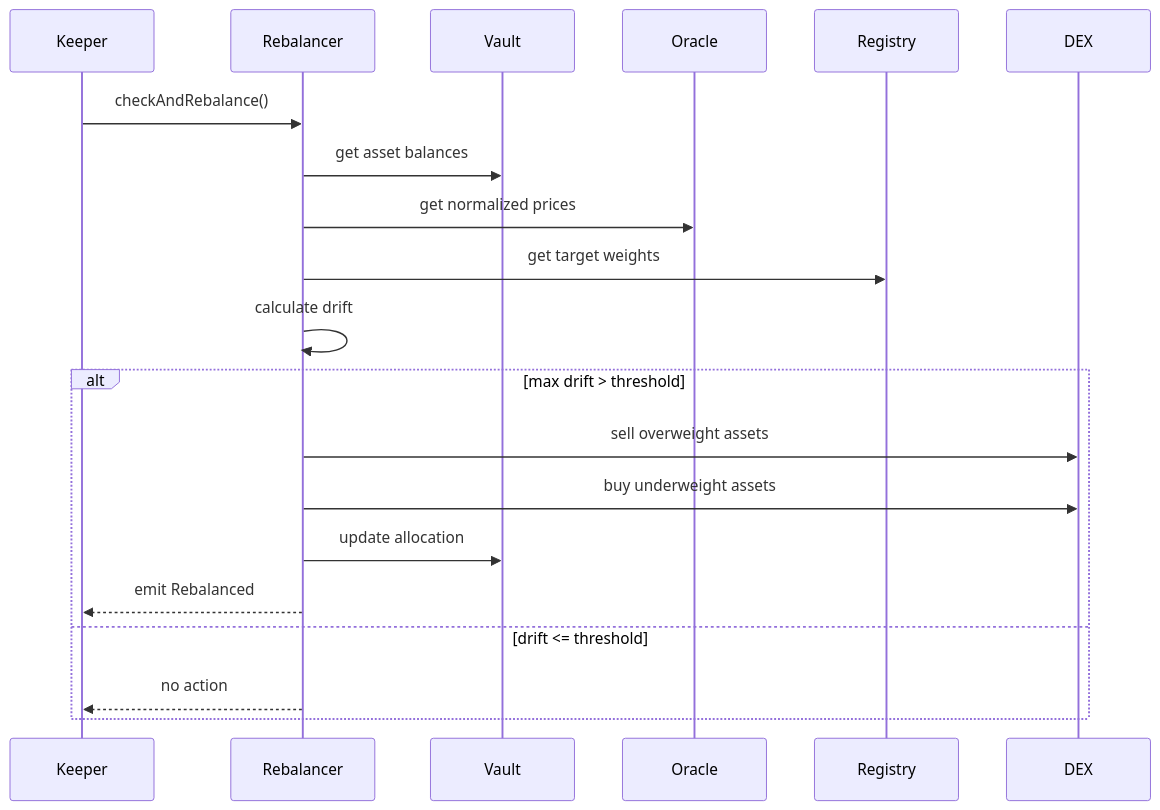
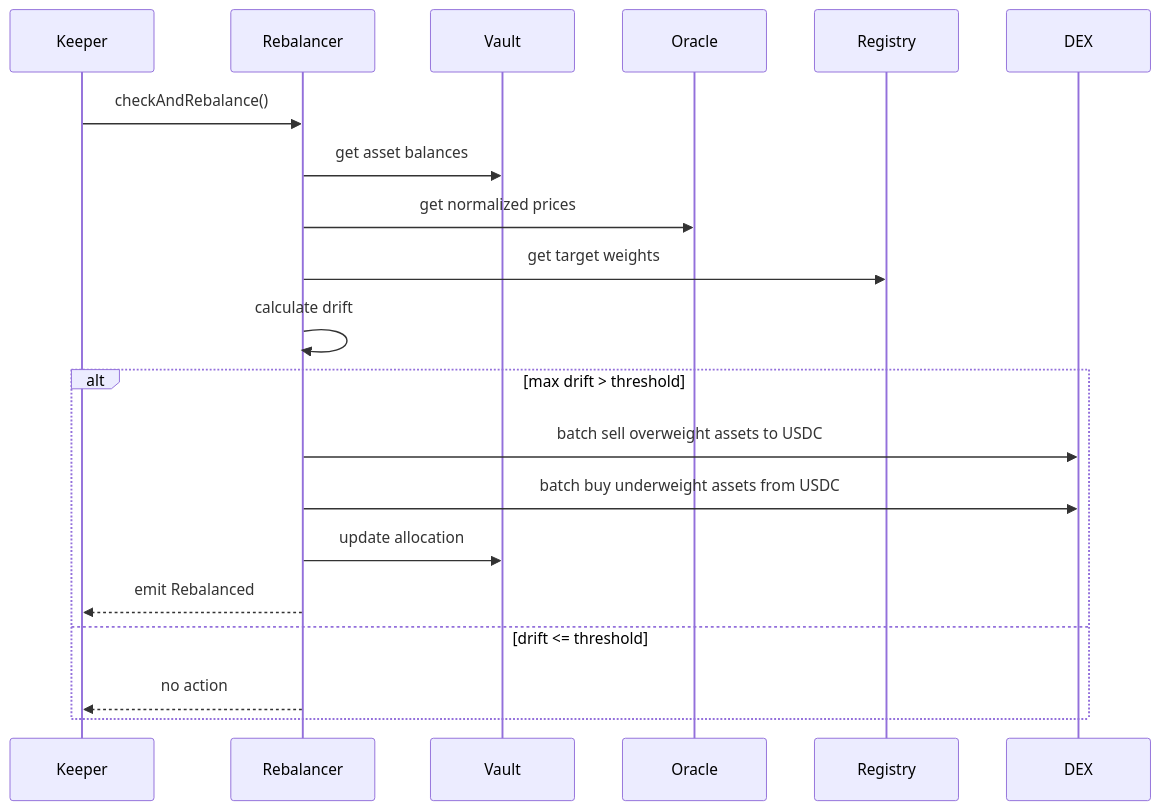
One commit to newconomics-bit/JAGAD-The-Universal-Vault changed the fifth of 6 diagrams in ARCHITECTURE.md. Above: the diagram before and after it, drawn with Mermaid. The commit also changed other lines of this file, not shown here.

````diff
--- a/ARCHITECTURE.md
+++ b/ARCHITECTURE.md
@@ -834,23 +1023,23 @@
 ```mermaid
 sequenceDiagram
     participant Keeper
     participant Rebalancer
     participant Vault
     participant Oracle
     participant Registry
     participant DEX
 
     Keeper->>Rebalancer: checkAndRebalance()
     Rebalancer->>Vault: get asset balances
     Rebalancer->>Oracle: get normalized prices
     Rebalancer->>Registry: get target weights
     Rebalancer->>Rebalancer: calculate drift
     alt max drift > threshold
-        Rebalancer->>DEX: sell overweight assets
-        Rebalancer->>DEX: buy underweight assets
+        Rebalancer->>DEX: batch sell overweight assets to USDC
+        Rebalancer->>DEX: batch buy underweight assets from USDC
         Rebalancer->>Vault: update allocation
         Rebalancer-->>Keeper: emit Rebalanced
     else drift <= threshold
         Rebalancer-->>Keeper: no action
     end
 ```
````
